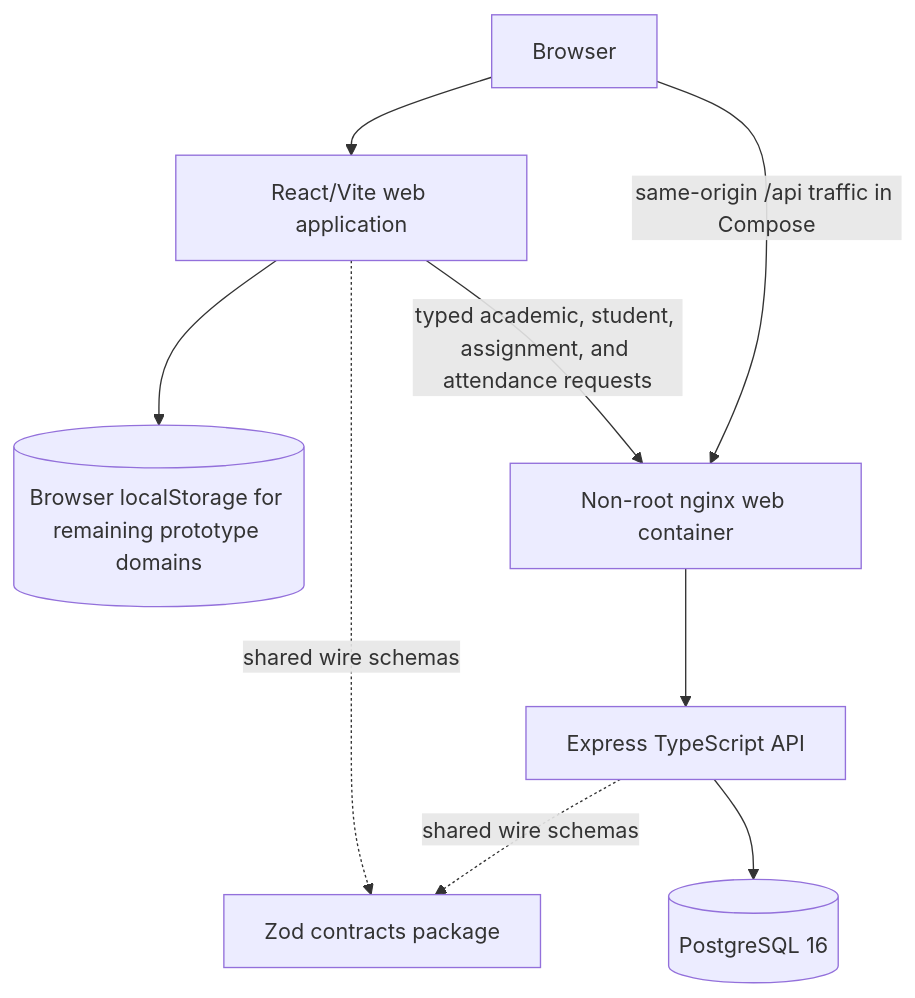
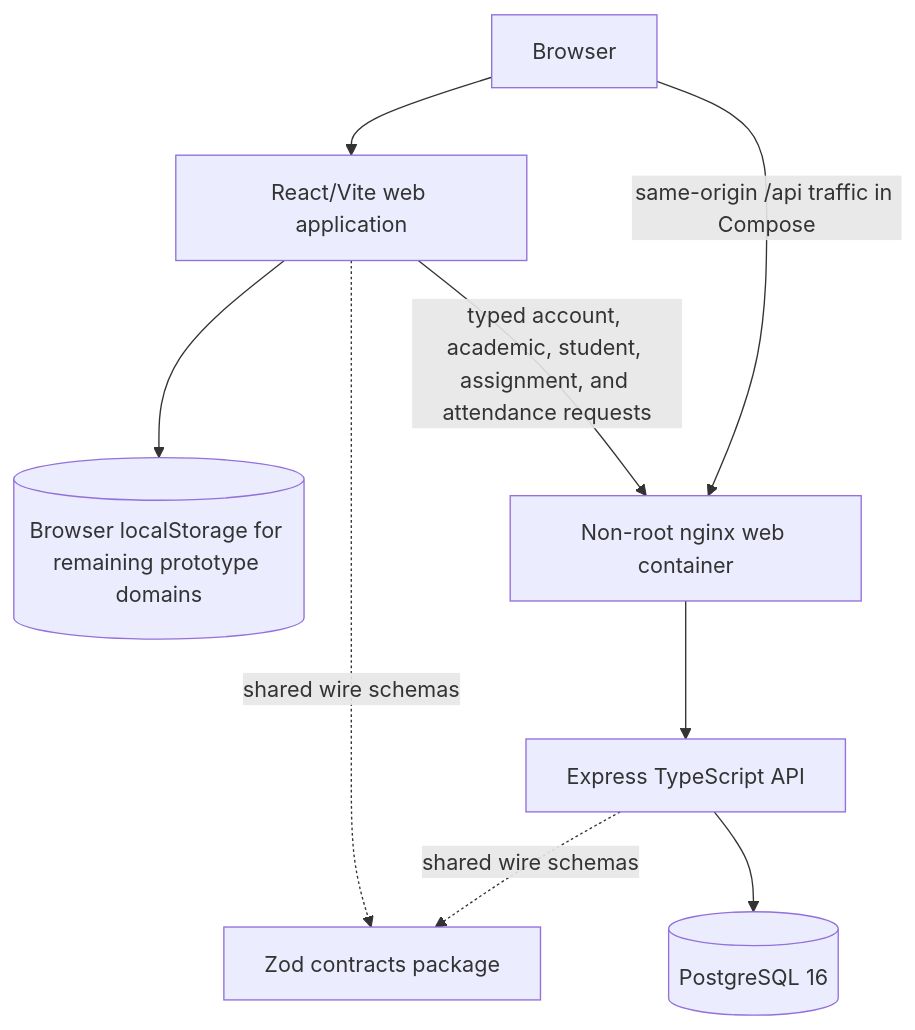
One commit to MWS-MAD-Labs/MWS-Learnspace changed the diagram in README.md. Above: the diagram before and after it, drawn with Mermaid. The commit also changed other lines of this file and 24 other files, not shown here.

````diff
--- a/README.md
+++ b/README.md
@@ -32,11 +33,11 @@
 ```mermaid
 flowchart TB
     Browser[Browser] --> Web[React/Vite web application]
     Web --> LocalStorage[(Browser localStorage for remaining prototype domains)]
-    Web -->|typed academic, student, assignment, and attendance requests| Proxy
+    Web -->|typed account, academic, student, assignment, and attendance requests| Proxy
     Browser -->|same-origin /api traffic in Compose| Proxy[Non-root nginx web container]
     Proxy --> API[Express TypeScript API]
     API --> DB[(PostgreSQL 16)]
     Web -. shared wire schemas .-> Contracts[Zod contracts package]
     API -. shared wire schemas .-> Contracts
 ```
````
